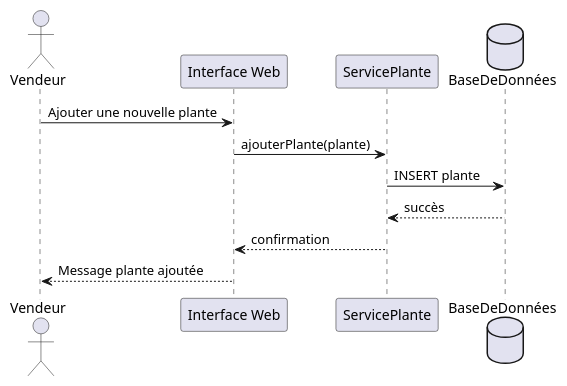
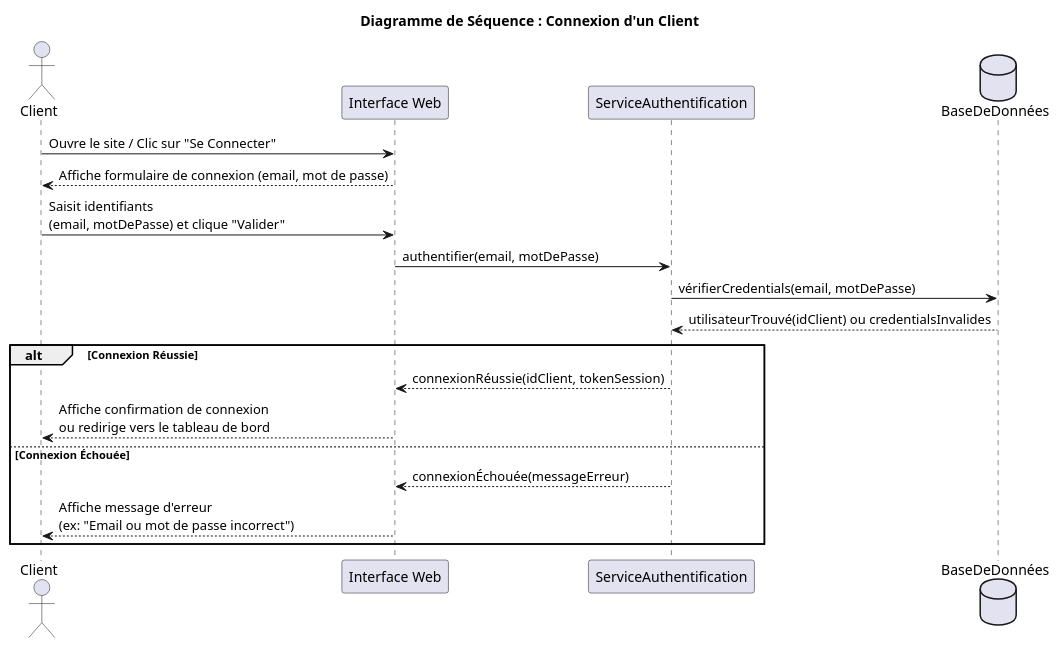
The diagram in sequence_ajout_plante_vendeur.puml (mimi222824/vente-plantes-en-ligne), drawn with PlantUML before and after one commit.

```diff
--- a/sequence_ajout_plante_vendeur.puml
+++ b/sequence_ajout_plante_vendeur.puml
@@ -1,13 +1,25 @@
 @startuml
-actor Vendeur
-participant "Interface Web" as UI
-participant "ServicePlante" as PlantService
+title Diagramme de Séquence : Connexion d'un Client
+
+actor Client
+participant "Interface Web" as Web
+participant "ServiceAuthentification" as Auth
 database "BaseDeDonnées" as DB
 
-Vendeur -> UI : Ajouter une nouvelle plante
-UI -> PlantService : ajouterPlante(plante)
-PlantService -> DB : INSERT plante
-DB --> PlantService : succès
-PlantService --> UI : confirmation
-UI --> Vendeur : Message plante ajoutée
+Client -> Web : Ouvre le site / Clic sur "Se Connecter"
+Web --> Client : Affiche formulaire de connexion (email, mot de passe)
+Client -> Web : Saisit identifiants\n(email, motDePasse) et clique "Valider"
+
+Web -> Auth : authentifier(email, motDePasse)
+Auth -> DB : vérifierCredentials(email, motDePasse)
+DB --> Auth : utilisateurTrouvé(idClient) ou credentialsInvalides
+
+alt Connexion Réussie
+    Auth --> Web : connexionRéussie(idClient, tokenSession)
+    Web --> Client : Affiche confirmation de connexion\nou redirige vers le tableau de bord
+else Connexion Échouée
+    Auth --> Web : connexionÉchouée(messageErreur)
+    Web --> Client : Affiche message d'erreur\n(ex: "Email ou mot de passe incorrect")
+end
+
 @enduml
```
